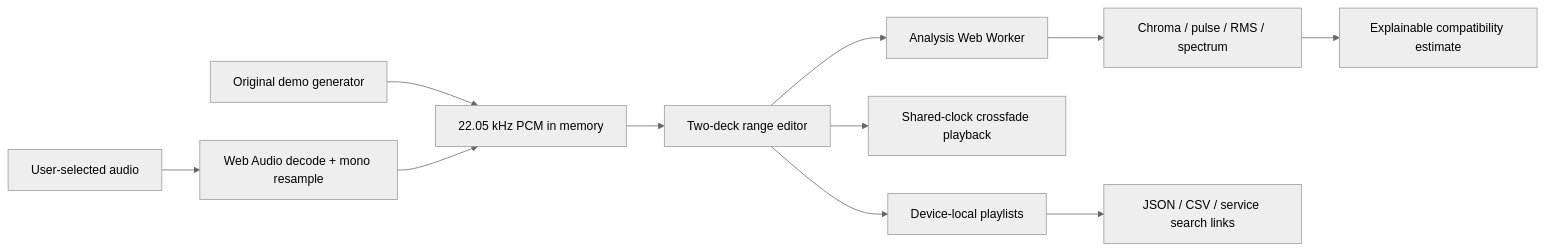
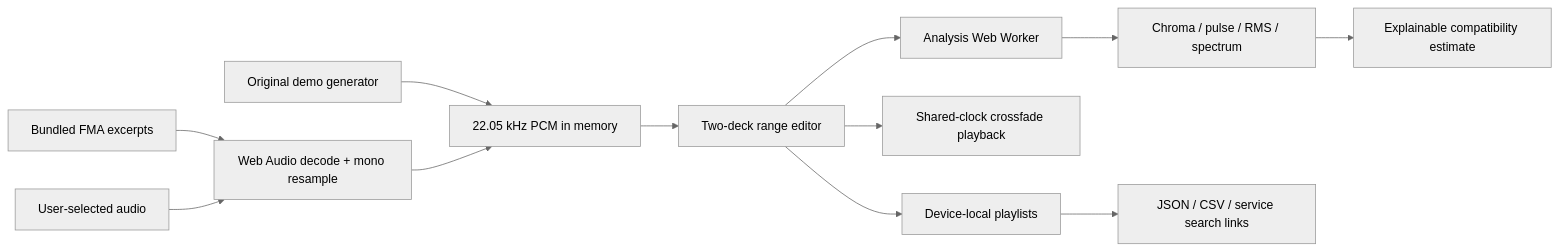
One commit to alex-sviriduk/seemless-transition-studio changed the diagram in README.md. Above: the diagram before and after it, drawn with Mermaid (neutral theme). The commit also changed other lines of this file, not shown here.

Commit message:
Document the built-in music catalog and quick-start workflow

````diff
--- a/README.md
+++ b/README.md
@@ -40,13 +42,14 @@
 ```mermaid
 flowchart LR
+  Catalog[Bundled FMA excerpts] --> Decode
   Files[User-selected audio] --> Decode[Web Audio decode + mono resample]
   Demo[Original demo generator] --> PCM[22.05 kHz PCM in memory]
   Decode --> PCM
   PCM --> UI[Two-deck range editor]
   UI --> Worker[Analysis Web Worker]
   Worker --> Features[Chroma / pulse / RMS / spectrum]
   Features --> Score[Explainable compatibility estimate]
   UI --> Audio[Shared-clock crossfade playback]
   UI --> Save[Device-local playlists]
   Save --> Export[JSON / CSV / service search links]
 ```
````
